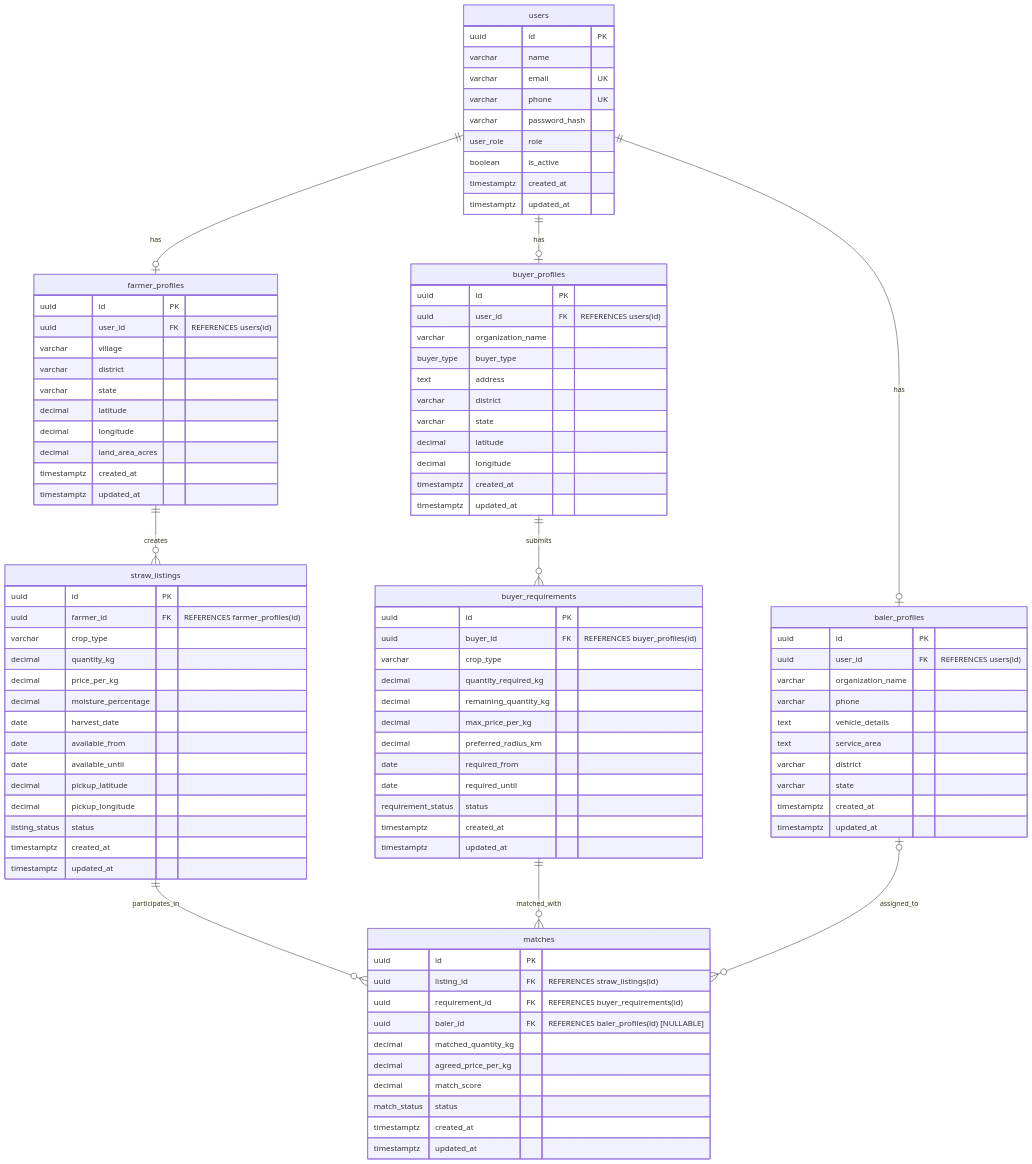
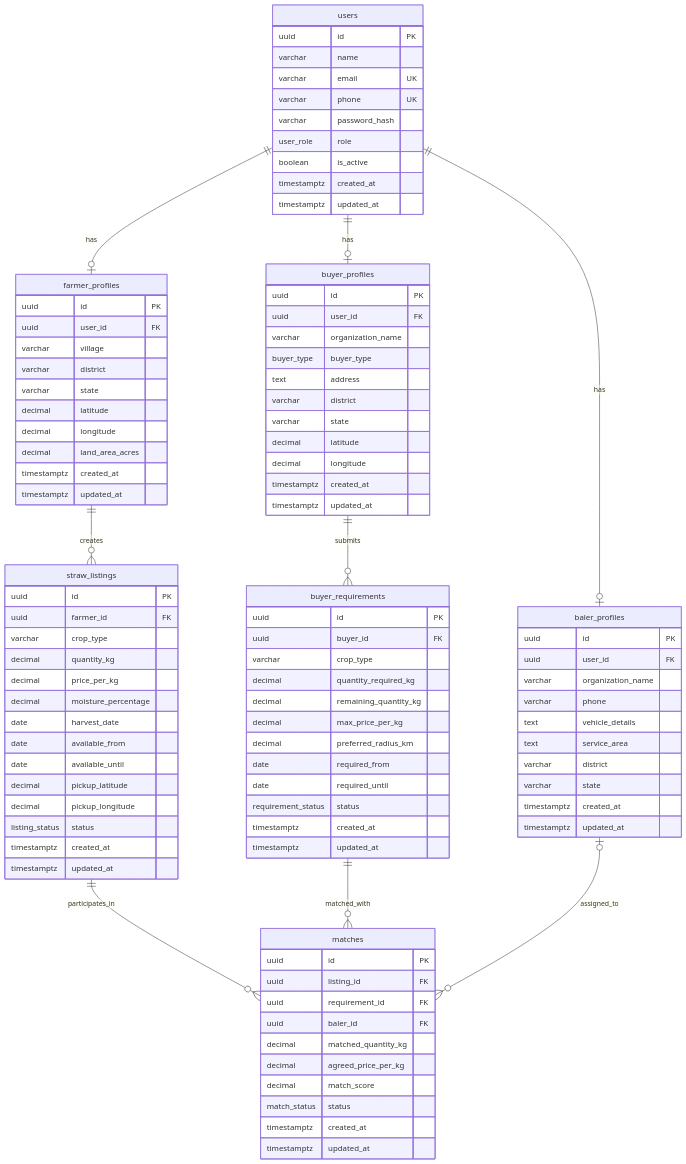
The second of 5 diagrams in README.md (DAbharat/Straw2Cash), drawn with Mermaid before and after one commit. The commit also changed other lines of this file, not shown here.

```diff
--- a/README.md
+++ b/README.md
@@ -243,7 +243,7 @@
 
     farmer_profiles {
         uuid id PK
-        uuid user_id FK "REFERENCES users(id)"
+        uuid user_id FK
         varchar village
         varchar district
         varchar state
@@ -256,7 +256,7 @@
 
     buyer_profiles {
         uuid id PK
-        uuid user_id FK "REFERENCES users(id)"
+        uuid user_id FK
         varchar organization_name
         buyer_type buyer_type
         text address
@@ -270,7 +270,7 @@
 
     baler_profiles {
         uuid id PK
-        uuid user_id FK "REFERENCES users(id)"
+        uuid user_id FK
         varchar organization_name
         varchar phone
         text vehicle_details
@@ -283,7 +283,7 @@
 
     straw_listings {
         uuid id PK
-        uuid farmer_id FK "REFERENCES farmer_profiles(id)"
+        uuid farmer_id FK
         varchar crop_type
         decimal quantity_kg
         decimal price_per_kg
@@ -300,7 +300,7 @@
 
     buyer_requirements {
         uuid id PK
-        uuid buyer_id FK "REFERENCES buyer_profiles(id)"
+        uuid buyer_id FK
         varchar crop_type
         decimal quantity_required_kg
         decimal remaining_quantity_kg
@@ -315,9 +315,9 @@
 
     matches {
         uuid id PK
-        uuid listing_id FK "REFERENCES straw_listings(id)"
-        uuid requirement_id FK "REFERENCES buyer_requirements(id)"
-        uuid baler_id FK "REFERENCES baler_profiles(id) [NULLABLE]"
+        uuid listing_id FK
+        uuid requirement_id FK
+        uuid baler_id FK
         decimal matched_quantity_kg
         decimal agreed_price_per_kg
         decimal match_score
```
